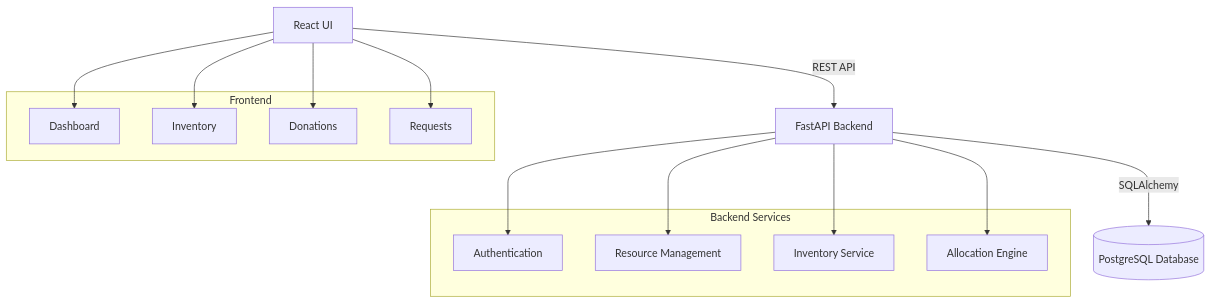
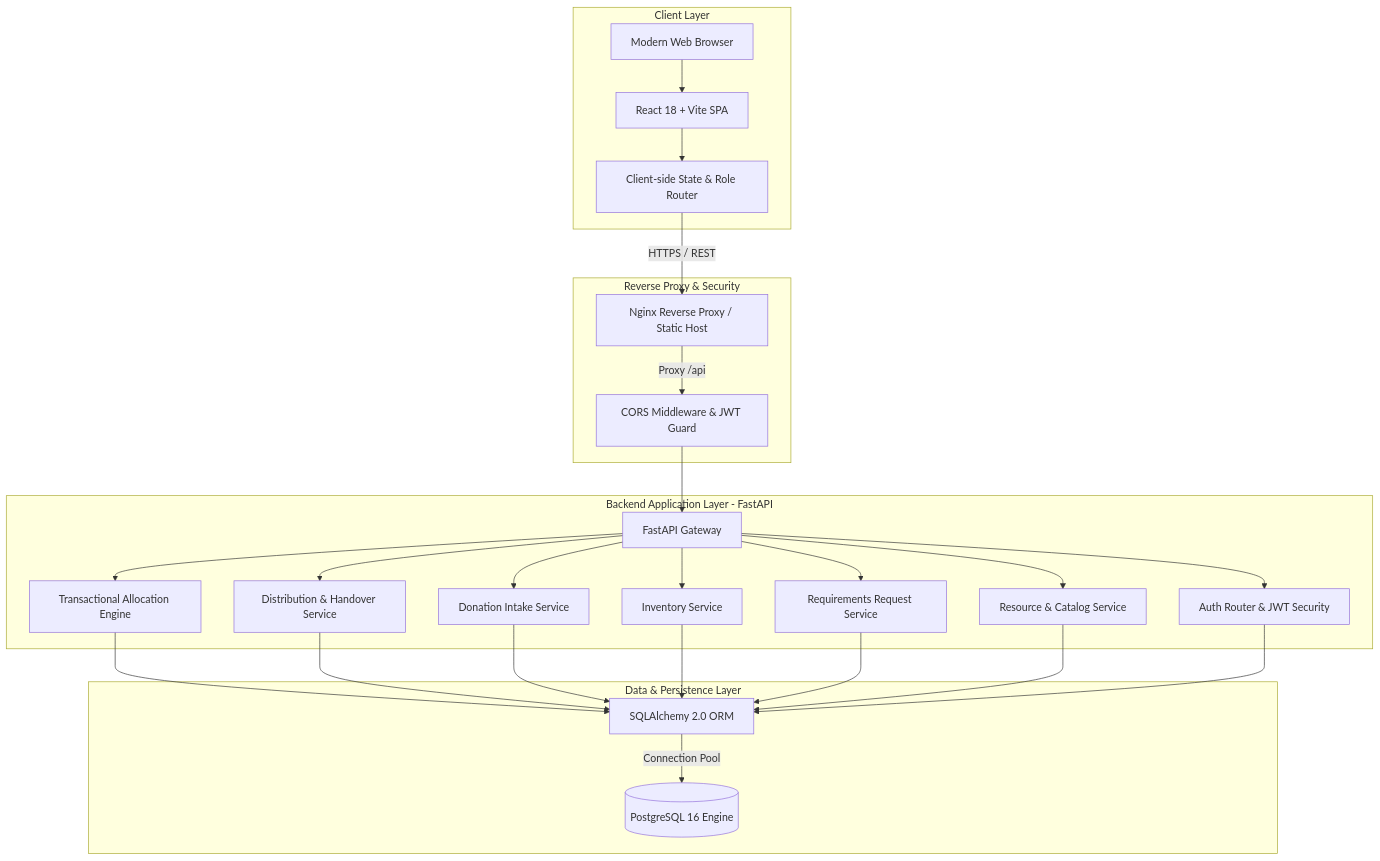
Before and after one commit to imWordy/Relfor-Inventory-and-Donation-Allocation-System: the diagram in docs/architecture.md, drawn with Mermaid. The commit also changed other lines of this file and 3 other files, not shown here.

````diff
--- a/docs/architecture.md
+++ b/docs/architecture.md
@@ -5,27 +11,53 @@
 ```mermaid
 graph TD
-    UI[React UI] --> |REST API| API[FastAPI Backend]
-    API --> |SQLAlchemy| DB[(PostgreSQL Database)]
+    subgraph Client Layer
+        Browser[Modern Web Browser]
+        UI[React 18 + Vite SPA]
+        Router[Client-side State & Role Router]
+        Browser --> UI
+        UI --> Router
+    end
 
-    subgraph Frontend
-        UI_Dash[Dashboard]
-        UI_Inv[Inventory]
-        UI_Don[Donations]
-        UI_Req[Requests]
+    subgraph Reverse Proxy & Security
+        Nginx[Nginx Reverse Proxy / Static Host]
+        CORS[CORS Middleware & JWT Guard]
+        Router -->|HTTPS / REST| Nginx
+        Nginx -->|Proxy /api| CORS
     end
-    UI --> UI_Dash
-    UI --> UI_Inv
-    UI --> UI_Don
-    UI --> UI_Req
 
-    subgraph Backend Services
-        Auth[Authentication]
-        ResMgmt[Resource Management]
+    subgraph Backend Application Layer - FastAPI
+        API[FastAPI Gateway]
+        CORS --> API
+
+        Auth[Auth Router & JWT Security]
+        ResMgmt[Resource & Catalog Service]
         InvSvc[Inventory Service]
-        AllocEng[Allocation Engine]
+        DonSvc[Donation Intake Service]
+        ReqSvc[Requirements Request Service]
+        AllocEng[Transactional Allocation Engine]
+        DistSvc[Distribution & Handover Service]
+
+        API --> Auth
+        API --> ResMgmt
+        API --> InvSvc
+        API --> DonSvc
+        API --> ReqSvc
+        API --> AllocEng
+        API --> DistSvc
     end
-    API --> Auth
-    API --> ResMgmt
-    API --> InvSvc
-    API --> AllocEng
+
+    subgraph Data & Persistence Layer
+        ORM[SQLAlchemy 2.0 ORM]
+        DB[(PostgreSQL 16 Engine)]
+
+        AllocEng --> ORM
+        DistSvc --> ORM
+        DonSvc --> ORM
+        InvSvc --> ORM
+        ReqSvc --> ORM
+        ResMgmt --> ORM
+        Auth --> ORM
+
+        ORM -->|Connection Pool| DB
+    end
 ```
````
